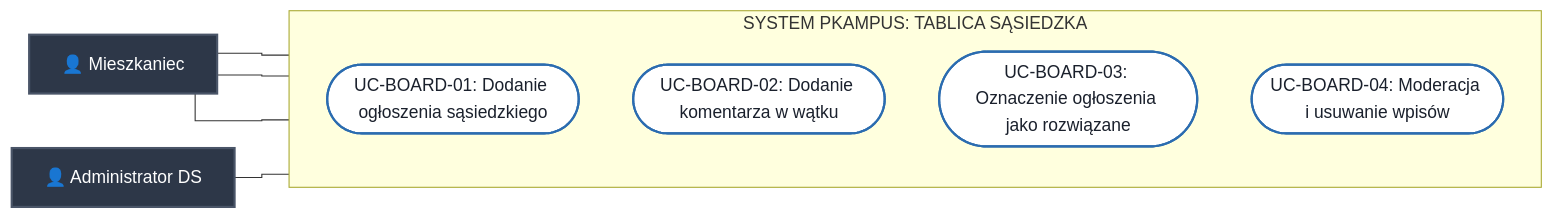
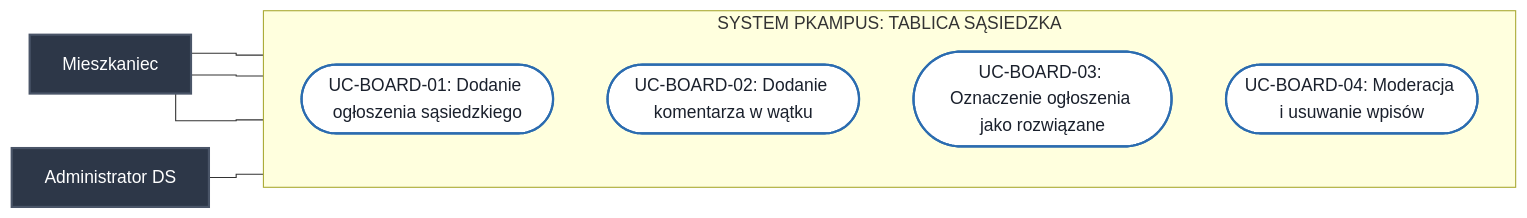
One commit to Buczy8/PKampus changed the sixth of 8 diagrams in Docs/Diagramy_Przypadkow_Uzycia.md. Above: the diagram before and after it, drawn with Mermaid. The commit also changed other lines of this file and 3 other files, not shown here.

Commit message:
docs: update use case and sequence diagrams for PKampus system, improve clarity and consistency

````diff
--- a/Docs/Diagramy_Przypadkow_Uzycia.md
+++ b/Docs/Diagramy_Przypadkow_Uzycia.md
@@ -210,24 +213,24 @@
 ```mermaid
 %%{init: {'flowchart': {'curve': 'stepBefore'}}}%%
 flowchart LR
     classDef actorStyle fill:#2d3748,stroke:#4a5568,stroke-width:2px,color:#fff;
     classDef ucStyle fill:#fff,stroke:#2b6cb0,stroke-width:2px,color:#1a202c;
 
-    Student["👤 Mieszkaniec"]:::actorStyle
+    Student["Mieszkaniec"]:::actorStyle
 
     subgraph System_Board ["SYSTEM PKAMPUS: TABLICA SĄSIEDZKA"]
         direction TB
         UC_BOARD_01(["UC-BOARD-01: Dodanie ogłoszenia sąsiedzkiego"]):::ucStyle
         UC_BOARD_02(["UC-BOARD-02: Dodanie komentarza w wątku"]):::ucStyle
         UC_BOARD_03(["UC-BOARD-03: Oznaczenie ogłoszenia jako rozwiązane"]):::ucStyle
         UC_BOARD_04(["UC-BOARD-04: Moderacja i usuwanie wpisów"]):::ucStyle
     end
 
-    AdminDS["👤 Administrator DS"]:::actorStyle
+    AdminDS["Administrator DS"]:::actorStyle
 
     Student --- UC_BOARD_01
     Student --- UC_BOARD_02
     Student --- UC_BOARD_03
 
     AdminDS --- UC_BOARD_04
 ```
````
